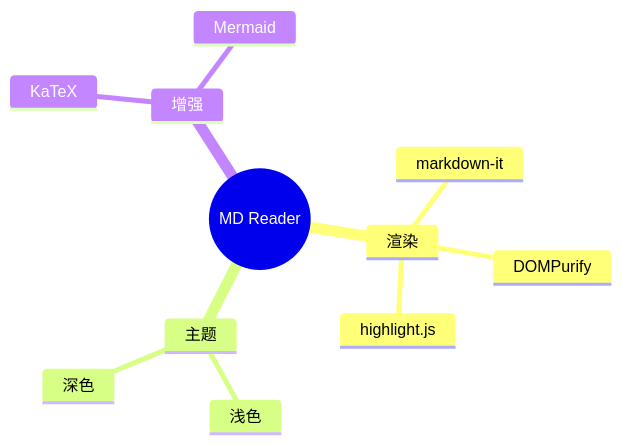
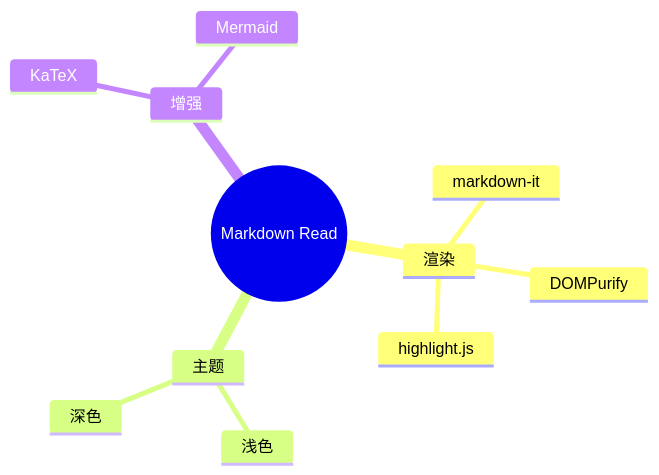
The eighth of 10 diagrams in testMd/13-Mermaid图表.md (One-Txc/browser-extension-markdown-reader), drawn with Mermaid before and after one commit. The commit also changed 23 other files, not shown here.

First line of the commit message:
chore: 产品名 MD Reader 改为 Markdown Read

````diff
--- a/testMd/13-Mermaid图表.md
+++ b/testMd/13-Mermaid图表.md
@@ -109,14 +109,14 @@
 ```mermaid
 mindmap
-  root((MD Reader))
+  root((Markdown Read))
     渲染
       markdown-it
       DOMPurify
       highlight.js
     主题
       浅色
       深色
     增强
       KaTeX
       Mermaid
 ```
````
